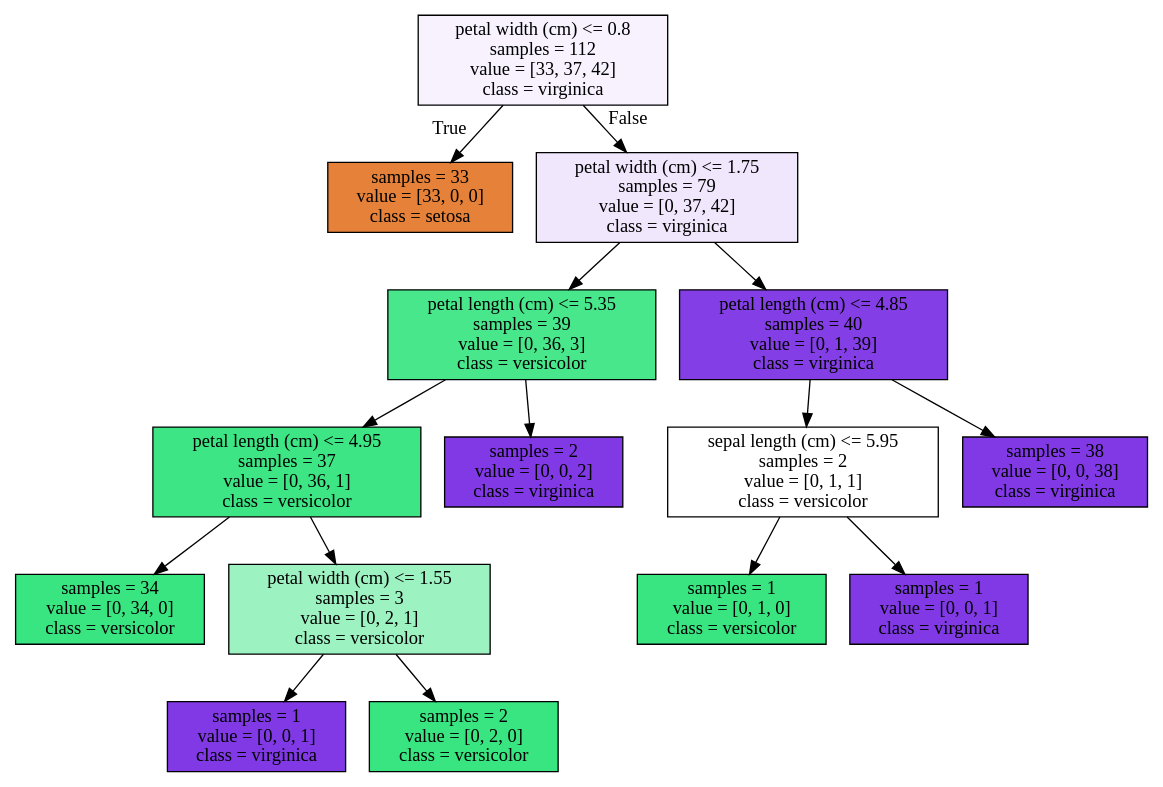
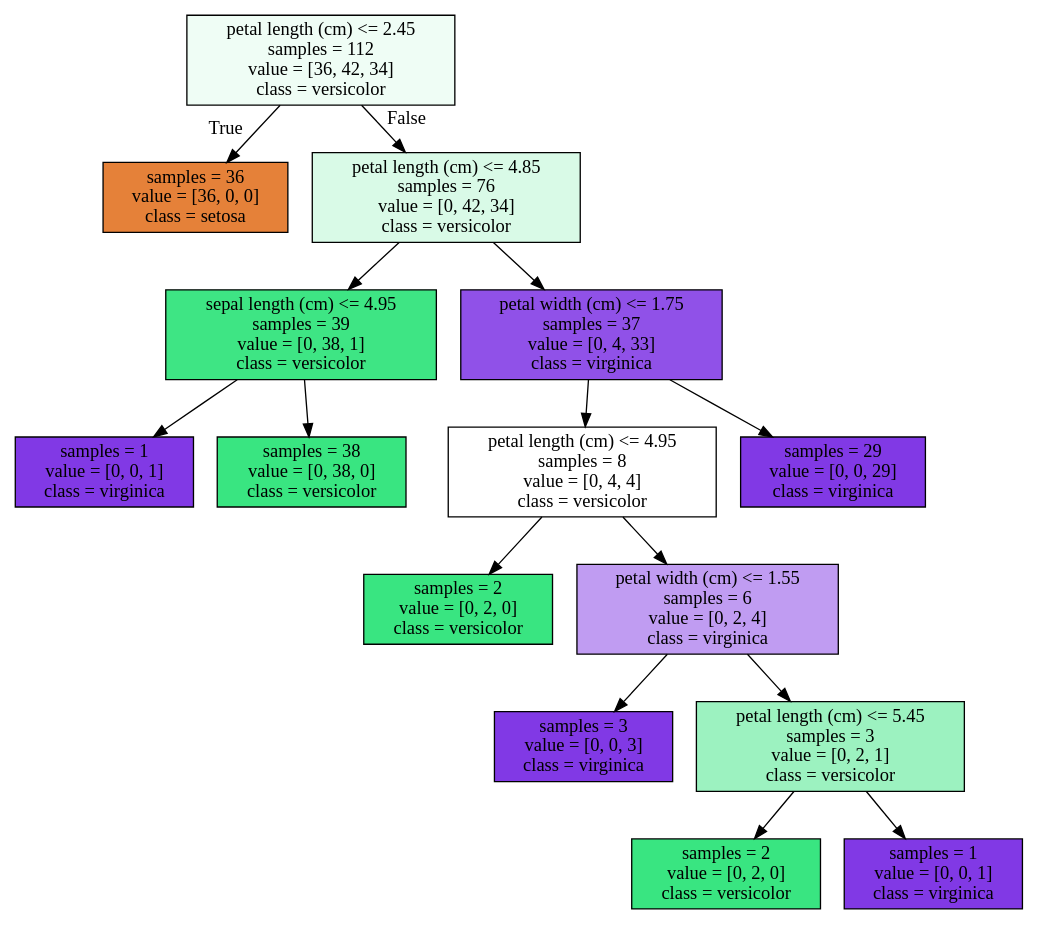
One commit to cristiandazamafioli/clasificacion-arbol-de-decision changed the diagram in arbol.dot. Above: the diagram before and after it, drawn with Graphviz. The commit also changed 4 other files, not shown here.

```diff
--- a/arbol.dot
+++ b/arbol.dot
@@ -1,32 +1,32 @@
 digraph Tree {
 node [shape=box, style="filled", color="black"] ;
-0 [label="petal width (cm) <= 0.8\nsamples = 112\nvalue = [33, 37, 42]\nclass = virginica", fillcolor="#8139e511"] ;
-1 [label="samples = 33\nvalue = [33, 0, 0]\nclass = setosa", fillcolor="#e58139ff"] ;
+0 [label="petal length (cm) <= 2.45\nsamples = 112\nvalue = [36, 42, 34]\nclass = versicolor", fillcolor="#39e58114"] ;
+1 [label="samples = 36\nvalue = [36, 0, 0]\nclass = setosa", fillcolor="#e58139ff"] ;
 0 -> 1 [labeldistance=2.5, labelangle=45, headlabel="True"] ;
-2 [label="petal width (cm) <= 1.75\nsamples = 79\nvalue = [0, 37, 42]\nclass = virginica", fillcolor="#8139e51e"] ;
+2 [label="petal length (cm) <= 4.85\nsamples = 76\nvalue = [0, 42, 34]\nclass = versicolor", fillcolor="#39e58131"] ;
 0 -> 2 [labeldistance=2.5, labelangle=-45, headlabel="False"] ;
-3 [label="petal length (cm) <= 5.35\nsamples = 39\nvalue = [0, 36, 3]\nclass = versicolor", fillcolor="#39e581ea"] ;
+3 [label="sepal length (cm) <= 4.95\nsamples = 39\nvalue = [0, 38, 1]\nclass = versicolor", fillcolor="#39e581f8"] ;
 2 -> 3 ;
-4 [label="petal length (cm) <= 4.95\nsamples = 37\nvalue = [0, 36, 1]\nclass = versicolor", fillcolor="#39e581f8"] ;
+4 [label="samples = 1\nvalue = [0, 0, 1]\nclass = virginica", fillcolor="#8139e5ff"] ;
 3 -> 4 ;
-5 [label="samples = 34\nvalue = [0, 34, 0]\nclass = versicolor", fillcolor="#39e581ff"] ;
-4 -> 5 ;
-6 [label="petal width (cm) <= 1.55\nsamples = 3\nvalue = [0, 2, 1]\nclass = versicolor", fillcolor="#39e5817f"] ;
-4 -> 6 ;
-7 [label="samples = 1\nvalue = [0, 0, 1]\nclass = virginica", fillcolor="#8139e5ff"] ;
+5 [label="samples = 38\nvalue = [0, 38, 0]\nclass = versicolor", fillcolor="#39e581ff"] ;
+3 -> 5 ;
+6 [label="petal width (cm) <= 1.75\nsamples = 37\nvalue = [0, 4, 33]\nclass = virginica", fillcolor="#8139e5e0"] ;
+2 -> 6 ;
+7 [label="petal length (cm) <= 4.95\nsamples = 8\nvalue = [0, 4, 4]\nclass = versicolor", fillcolor="#39e58100"] ;
 6 -> 7 ;
 8 [label="samples = 2\nvalue = [0, 2, 0]\nclass = versicolor", fillcolor="#39e581ff"] ;
-6 -> 8 ;
-9 [label="samples = 2\nvalue = [0, 0, 2]\nclass = virginica", fillcolor="#8139e5ff"] ;
-3 -> 9 ;
-10 [label="petal length (cm) <= 4.85\nsamples = 40\nvalue = [0, 1, 39]\nclass = virginica", fillcolor="#8139e5f8"] ;
-2 -> 10 ;
-11 [label="sepal length (cm) <= 5.95\nsamples = 2\nvalue = [0, 1, 1]\nclass = versicolor", fillcolor="#39e58100"] ;
-10 -> 11 ;
-12 [label="samples = 1\nvalue = [0, 1, 0]\nclass = versicolor", fillcolor="#39e581ff"] ;
+7 -> 8 ;
+9 [label="petal width (cm) <= 1.55\nsamples = 6\nvalue = [0, 2, 4]\nclass = virginica", fillcolor="#8139e57f"] ;
+7 -> 9 ;
+10 [label="samples = 3\nvalue = [0, 0, 3]\nclass = virginica", fillcolor="#8139e5ff"] ;
+9 -> 10 ;
+11 [label="petal length (cm) <= 5.45\nsamples = 3\nvalue = [0, 2, 1]\nclass = versicolor", fillcolor="#39e5817f"] ;
+9 -> 11 ;
+12 [label="samples = 2\nvalue = [0, 2, 0]\nclass = versicolor", fillcolor="#39e581ff"] ;
 11 -> 12 ;
 13 [label="samples = 1\nvalue = [0, 0, 1]\nclass = virginica", fillcolor="#8139e5ff"] ;
 11 -> 13 ;
-14 [label="samples = 38\nvalue = [0, 0, 38]\nclass = virginica", fillcolor="#8139e5ff"] ;
-10 -> 14 ;
+14 [label="samples = 29\nvalue = [0, 0, 29]\nclass = virginica", fillcolor="#8139e5ff"] ;
+6 -> 14 ;
 }
```
